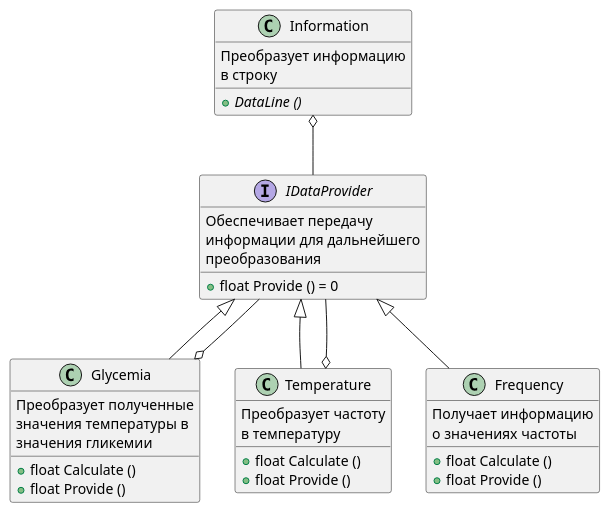
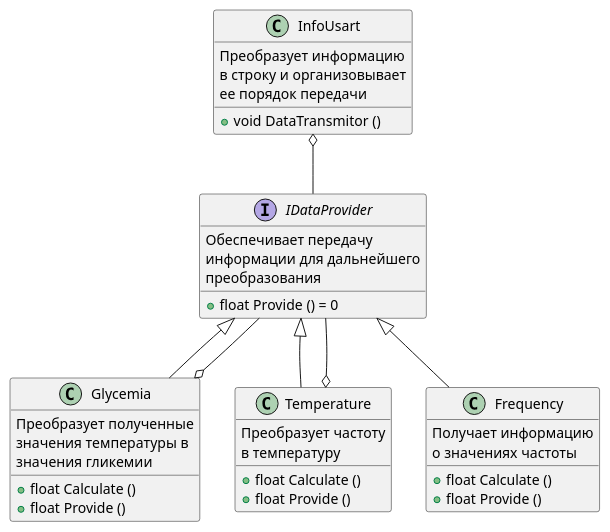
Before and after one commit to Luda-Seliv-KE-413/Kursovoy: the diagram in DOC/UMLDataProvider.puml, drawn with PlantUML. The commit also changed 21 other files, not shown here.

```diff
--- a/DOC/UMLDataProvider.puml
+++ b/DOC/UMLDataProvider.puml
@@ -1,56 +1,57 @@
 @startuml DataProvider
 
 class Glycemia
 {
 Преобразует полученные
 значения температуры в
 значения гликемии
 
 + float Calculate ()
 + float Provide ()
 }
 
 class Temperature
 {
 Преобразует частоту
 в температуру
 
 + float Calculate ()
 + float Provide ()
 }
 
 class Frequency
 {
 Получает информацию
 о значениях частоты
 
 + float Calculate ()
 + float Provide ()
 }
 
-class Information
+class InfoUsart
 {
 Преобразует информацию
-в строку
+в строку и организовывает
+ее порядок передачи
 
-+ {abstract} DataLine ()
++ void DataTransmitor ()
 }
 
 interface IDataProvider
 {
     Обеспечивает передачу 
     информации для дальнейшего 
     преобразования
 
     + float Provide () = 0
 }
 
 Frequency -up-|> IDataProvider
 Temperature -up-|> IDataProvider
 Glycemia -up-|> IDataProvider
 
 Glycemia o-- IDataProvider
 Temperature o-- IDataProvider
-Information o--IDataProvider
+InfoUsart o--IDataProvider
 
 @enduml
```
